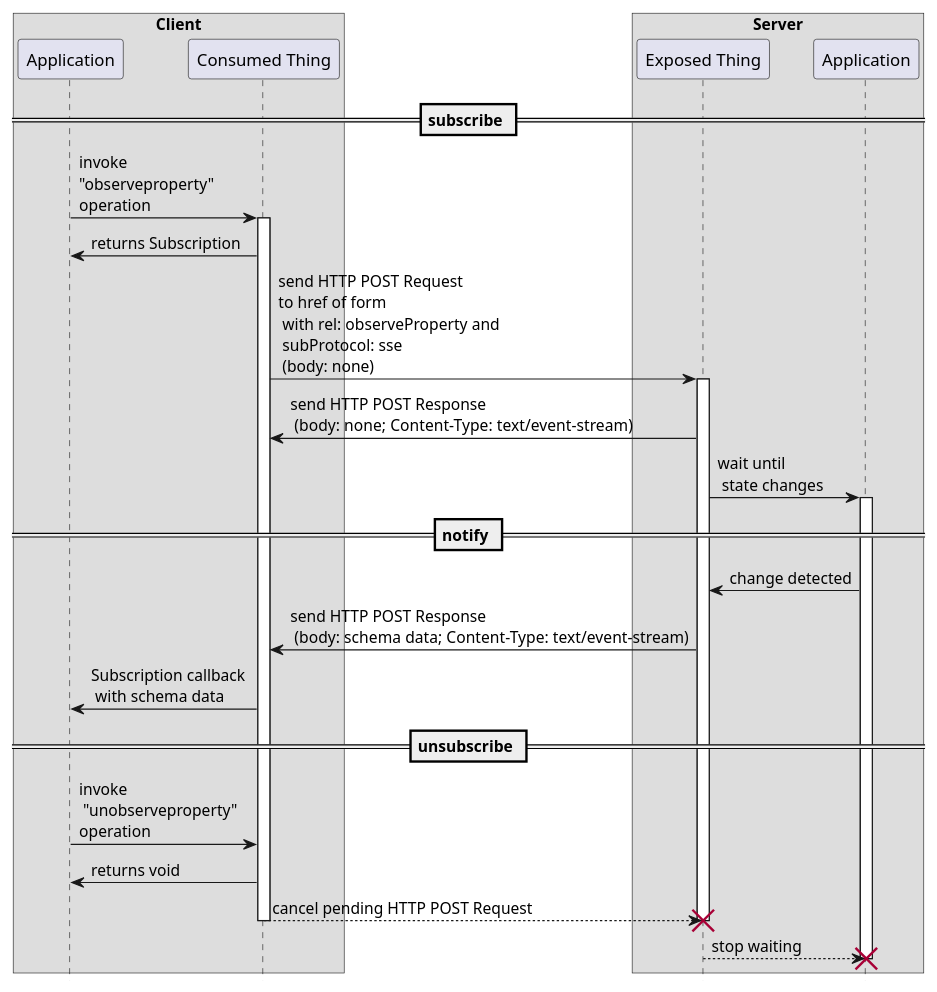
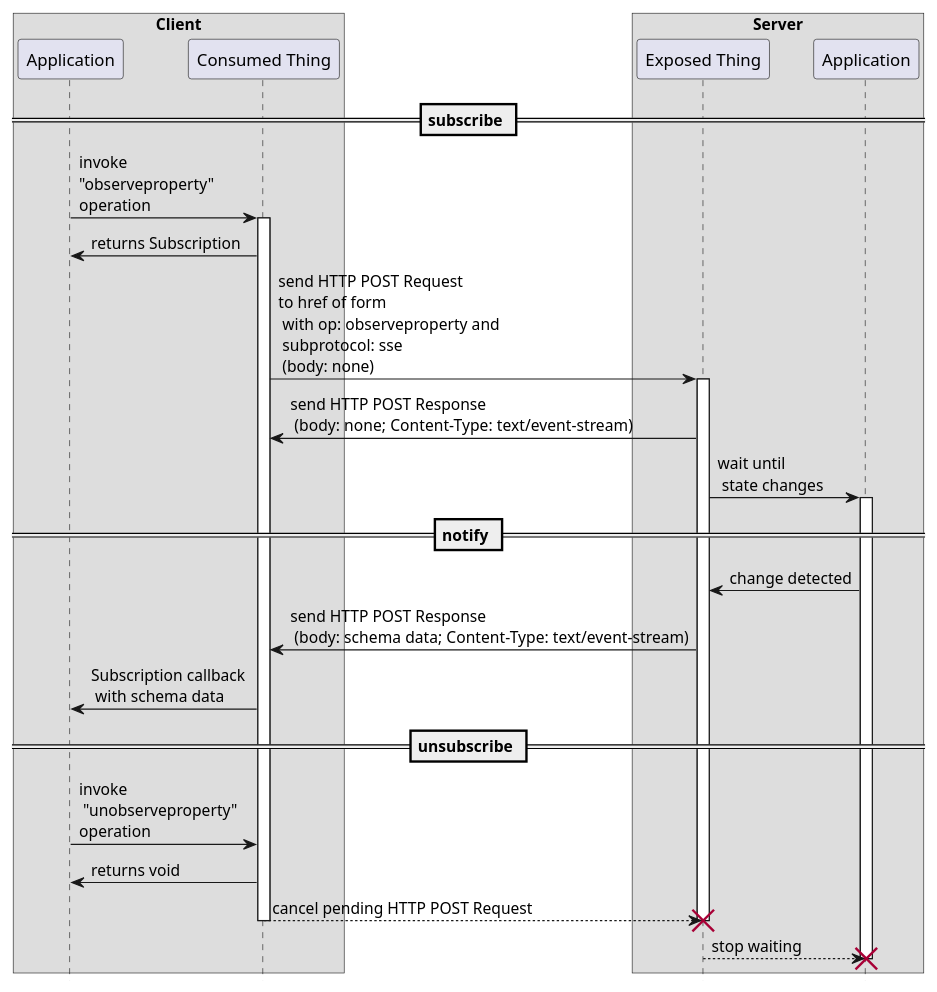
One commit to w3c/wot-binding-templates changed the diagram in images/message-flows/A_1_3b_observePropertySSE.puml. Above: the diagram before and after it, drawn with PlantUML. The commit also changed 1 other file, not shown here.

Commit message:
change mention of rel with op

```diff
--- a/images/message-flows/A_1_3b_observePropertySSE.puml
+++ b/images/message-flows/A_1_3b_observePropertySSE.puml
@@ -1,40 +1,40 @@
 @startuml
 hide footbox
 
 box "Client"
 participant "Application" as AP
 participant "Consumed Thing" as SA
 end box
 
 box "Server"
 participant "Exposed Thing" as WS
 participant "Application" as DC
 end box
 
 == subscribe ==
 
 AP  -> SA: invoke\n"observeproperty"\noperation
 activate SA
 SA  -> AP: returns Subscription
-SA  -> WS: send HTTP POST Request\nto href of form\n with rel: observeProperty and\n subProtocol: sse \n (body: none)
+SA  -> WS: send HTTP POST Request\nto href of form\n with op: observeproperty and\n subprotocol: sse \n (body: none)
 activate WS
 WS  -> SA: send HTTP POST Response\n (body: none; Content-Type: text/event-stream)
 WS  -> DC: wait until\n state changes
 activate DC
 
 == notify ==
 
 DC  -> WS: change detected
 WS  -> SA: send HTTP POST Response\n (body: schema data; Content-Type: text/event-stream)
 SA  -> AP: Subscription callback\n with schema data
 
 == unsubscribe ==
 
 AP  -> SA: invoke\n "unobserveproperty"\noperation
 SA  -> AP: returns void
 SA --> WS: cancel pending HTTP POST Request
 deactivate SA
 destroy WS
 WS --> DC: stop waiting
 destroy DC
 @enduml
```
